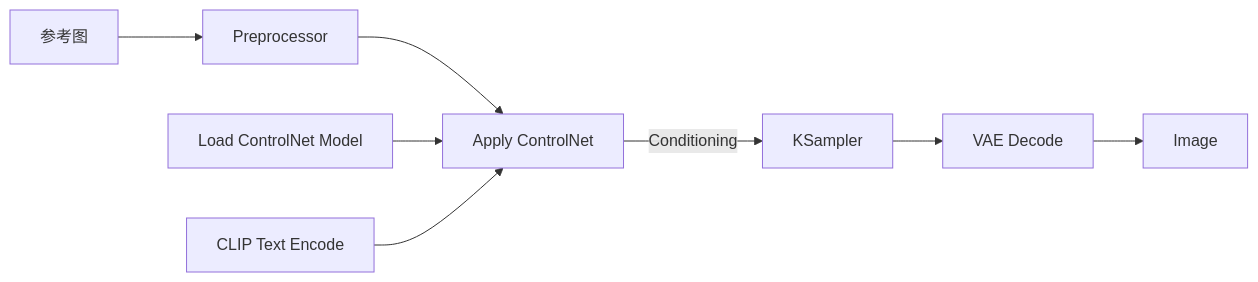
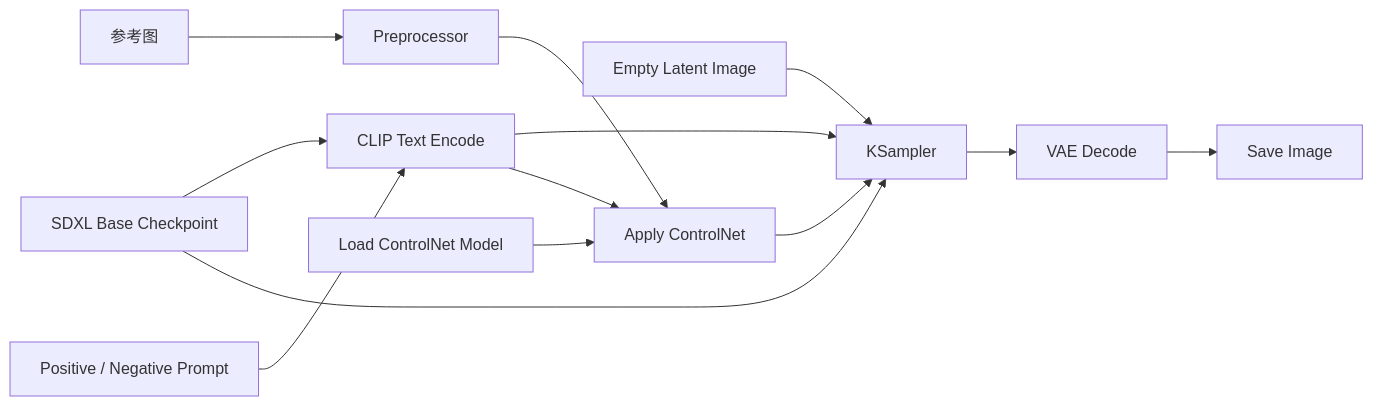
One commit to lazxy74/ComfyUI-Research changed the diagram in comfyui-workflow-research/docs/04-sdxl-controlnet.md. Above: the diagram before and after it, drawn with Mermaid. The commit also changed other lines of this file and 6 other files, not shown here.

````diff
--- a/comfyui-workflow-research/docs/04-sdxl-controlnet.md
+++ b/comfyui-workflow-research/docs/04-sdxl-controlnet.md
@@ -61,10 +13,15 @@
 ```mermaid
 flowchart LR
+    P["Positive / Negative Prompt"] --> C["CLIP Text Encode"]
+    B["SDXL Base Checkpoint"] --> C
+    B --> KS["KSampler"]
+    C --> KS
+    L["Empty Latent Image"] --> KS
     RI["参考图"] --> PP["Preprocessor"]
     PP --> AC["Apply ControlNet"]
     CM["Load ControlNet Model"] --> AC
-    TX["CLIP Text Encode"] --> AC
-    AC -->|"Conditioning"| KS["KSampler"]
-    KS --> VA["VAE Decode"]
-    VA --> IM["Image"]
+    C --> AC
+    AC --> KS
+    KS --> V["VAE Decode"]
+    V --> I["Save Image"]
 ```
````
